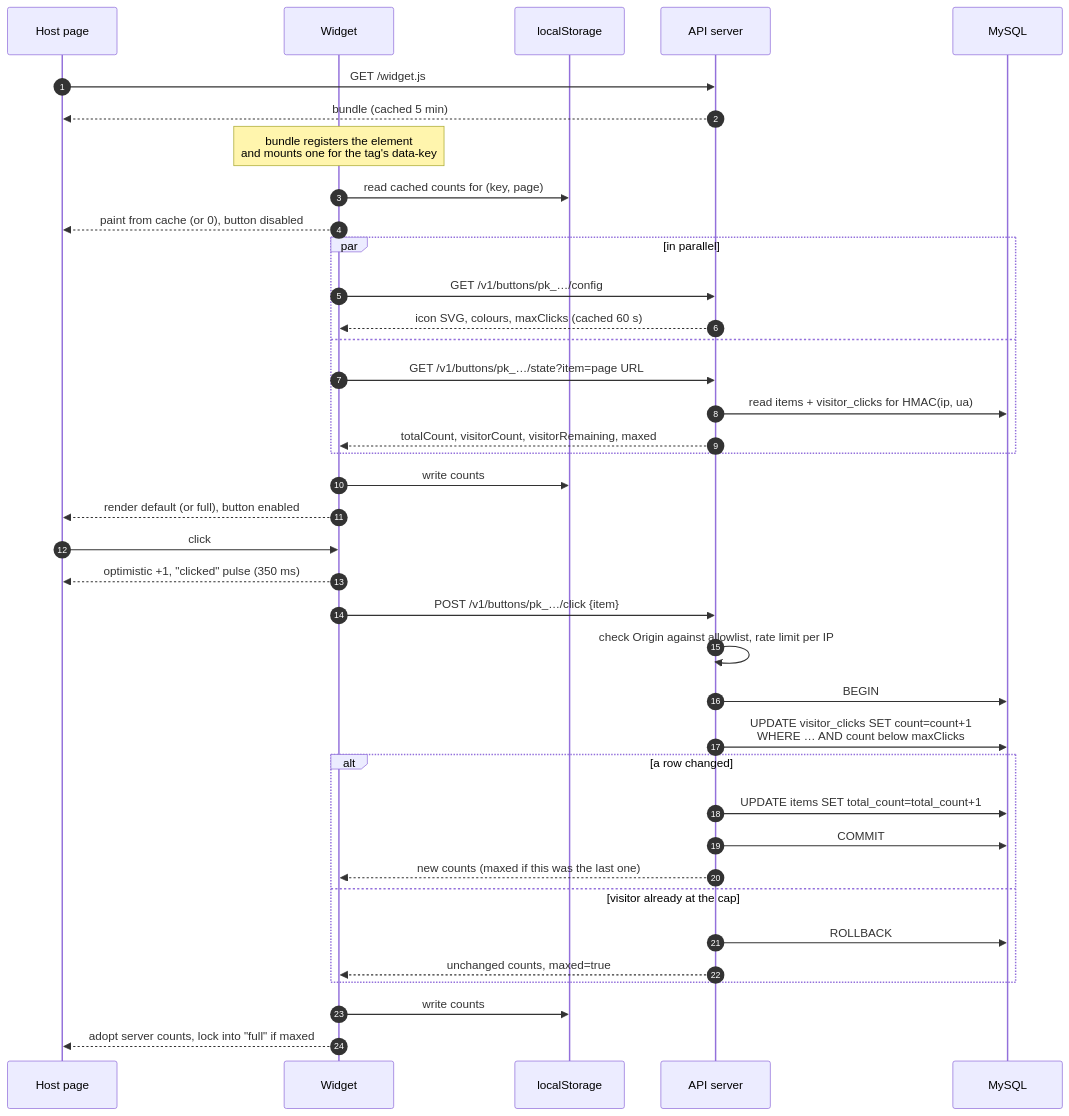
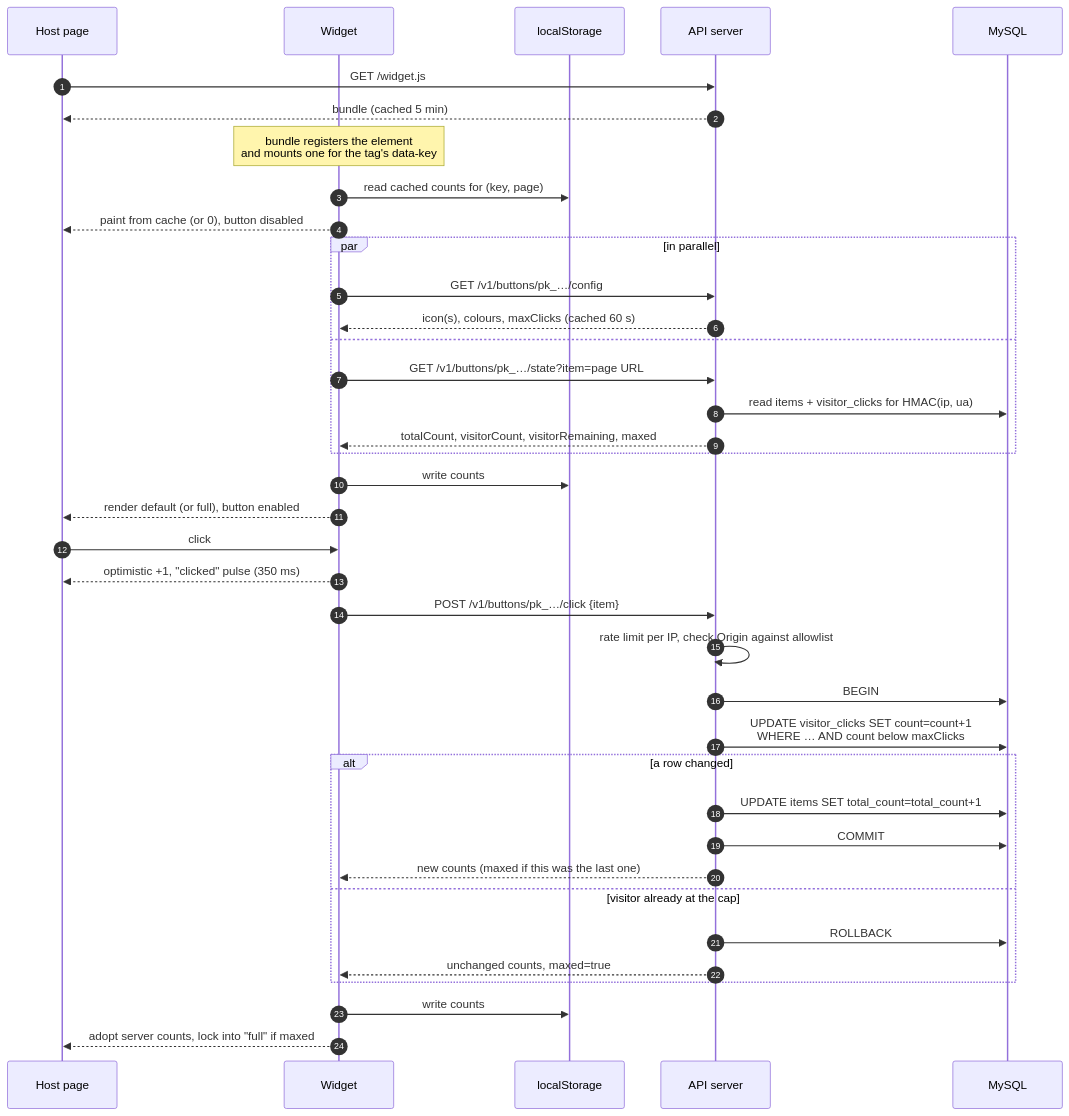
The second of 4 diagrams in README.md (medhatdawoud/appreciator), drawn with Mermaid before and after one commit. The commit also changed other lines of this file and 2 other files, not shown here.

First line of the commit message:
Document the dashboard flow, sign-in and hosting; copy site/ into the image

````diff
--- a/README.md
+++ b/README.md
@@ -132,42 +161,42 @@
 ```mermaid
 sequenceDiagram
     autonumber
     participant P as Host page
     participant W as Widget
     participant LS as localStorage
     participant S as API server
     participant DB as MySQL
 
     P->>S: GET /widget.js
     S-->>P: bundle (cached 5 min)
     Note over W: bundle registers the element<br/>and mounts one for the tag's data-key
     W->>LS: read cached counts for (key, page)
     W-->>P: paint from cache (or 0), button disabled
     par in parallel
         W->>S: GET /v1/buttons/pk_…/config
-        S-->>W: icon SVG, colours, maxClicks (cached 60 s)
+        S-->>W: icon(s), colours, maxClicks (cached 60 s)
     and
         W->>S: GET /v1/buttons/pk_…/state?item=page URL
         S->>DB: read items + visitor_clicks for HMAC(ip, ua)
         S-->>W: totalCount, visitorCount, visitorRemaining, maxed
     end
     W->>LS: write counts
     W-->>P: render default (or full), button enabled
 
     P->>W: click
     W-->>P: optimistic +1, "clicked" pulse (350 ms)
     W->>S: POST /v1/buttons/pk_…/click {item}
-    S->>S: check Origin against allowlist, rate limit per IP
+    S->>S: rate limit per IP, check Origin against allowlist
     S->>DB: BEGIN
     S->>DB: UPDATE visitor_clicks SET count=count+1<br/>WHERE … AND count below maxClicks
     alt a row changed
         S->>DB: UPDATE items SET total_count=total_count+1
         S->>DB: COMMIT
         S-->>W: new counts (maxed if this was the last one)
     else visitor already at the cap
         S->>DB: ROLLBACK
         S-->>W: unchanged counts, maxed=true
     end
     W->>LS: write counts
     W-->>P: adopt server counts, lock into "full" if maxed
 ```
````
